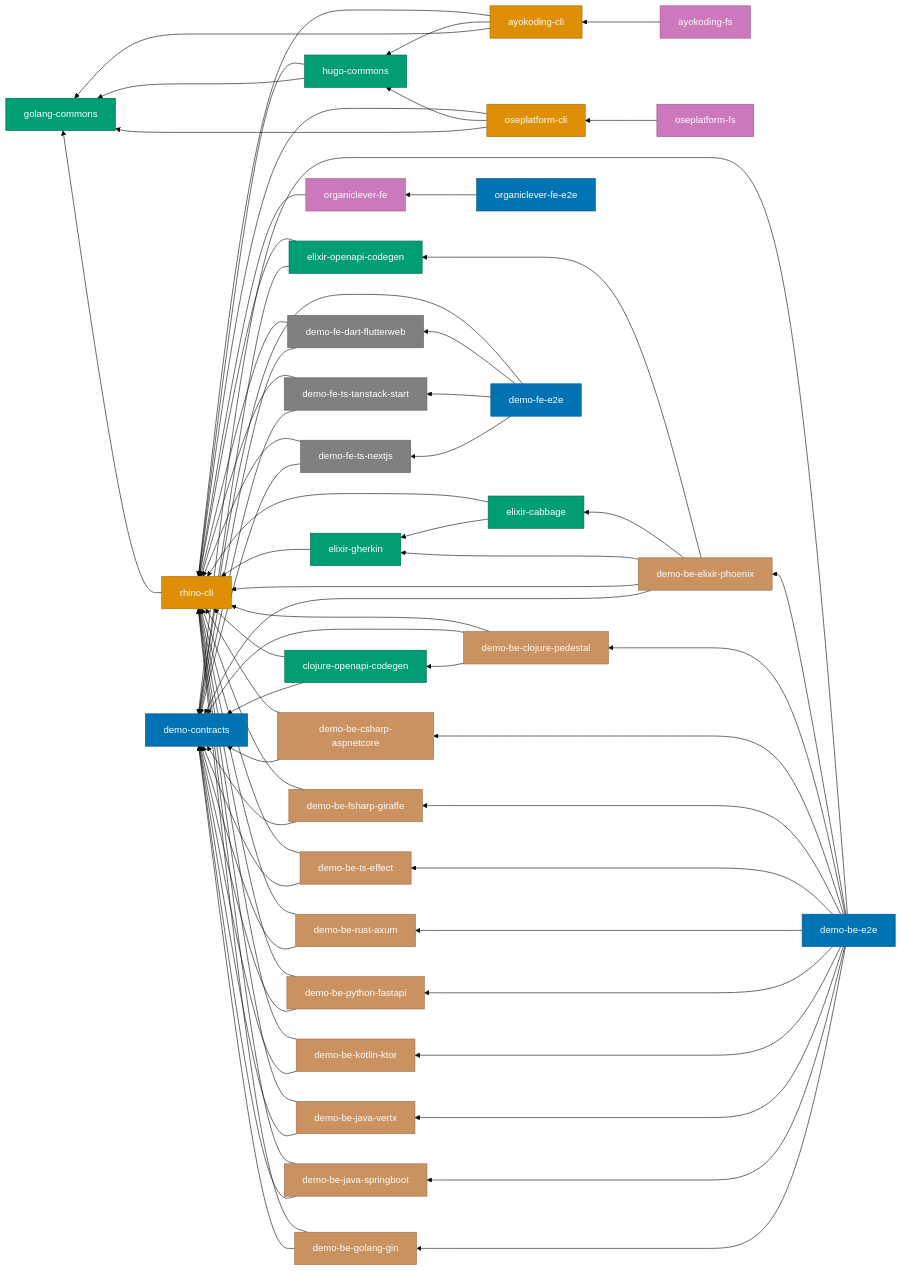
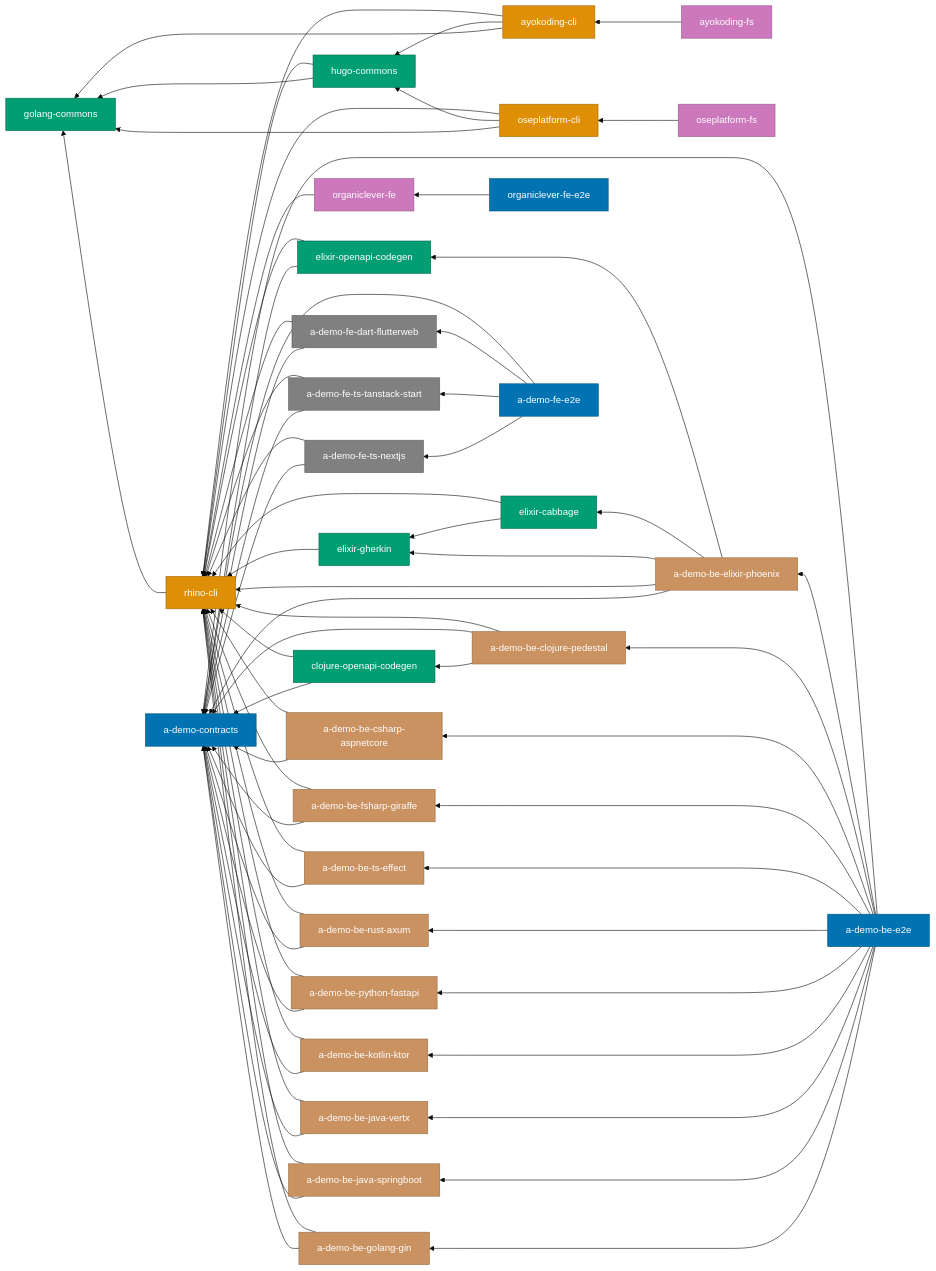
The diagram in docs/reference/re__project-dependency-graph.md (wahidyankf/open-sharia-enterprise), drawn with Mermaid (base theme) before and after one commit. The commit also changed other lines of this file and 2697 other files, not shown here.

````diff
--- a/docs/reference/re__project-dependency-graph.md
+++ b/docs/reference/re__project-dependency-graph.md
@@ -58,7 +58,7 @@
 ```mermaid
 graph RL
   %% Specs (leaf)
-  DC[demo-contracts]
+  DC[a-demo-contracts]
 
   %% Go libs (leaf / near-leaf)
   GC[golang-commons]
@@ -86,26 +86,26 @@
   OLE[organiclever-fe-e2e]
 
   %% Demo backends (grouped)
-  GOLANG[demo-be-golang-gin]
-  SPRING[demo-be-java-springboot]
-  VERTX[demo-be-java-vertx]
-  KOTLIN[demo-be-kotlin-ktor]
-  PYTHON[demo-be-python-fastapi]
-  RUST[demo-be-rust-axum]
-  EFFECT[demo-be-ts-effect]
-  FSHARP[demo-be-fsharp-giraffe]
-  CSHARP[demo-be-csharp-aspnetcore]
-  CLOJURE[demo-be-clojure-pedestal]
-  ELIXIR[demo-be-elixir-phoenix]
+  GOLANG[a-demo-be-golang-gin]
+  SPRING[a-demo-be-java-springboot]
+  VERTX[a-demo-be-java-vertx]
+  KOTLIN[a-demo-be-kotlin-ktor]
+  PYTHON[a-demo-be-python-fastapi]
+  RUST[a-demo-be-rust-axum]
+  EFFECT[a-demo-be-ts-effect]
+  FSHARP[a-demo-be-fsharp-giraffe]
+  CSHARP[a-demo-be-csharp-aspnetcore]
+  CLOJURE[a-demo-be-clojure-pedestal]
+  ELIXIR[a-demo-be-elixir-phoenix]
 
   %% Demo frontends
-  NEXTJS[demo-fe-ts-nextjs]
-  TANSTACK[demo-fe-ts-tanstack-start]
-  FLUTTER[demo-fe-dart-flutterweb]
+  NEXTJS[a-demo-fe-ts-nextjs]
+  TANSTACK[a-demo-fe-ts-tanstack-start]
+  FLUTTER[a-demo-fe-dart-flutterweb]
 
   %% E2E
-  BEE2E[demo-be-e2e]
-  FEE2E[demo-fe-e2e]
+  BEE2E[a-demo-be-e2e]
+  FEE2E[a-demo-fe-e2e]
 
   %% --- Dependency edges ---
 
````
